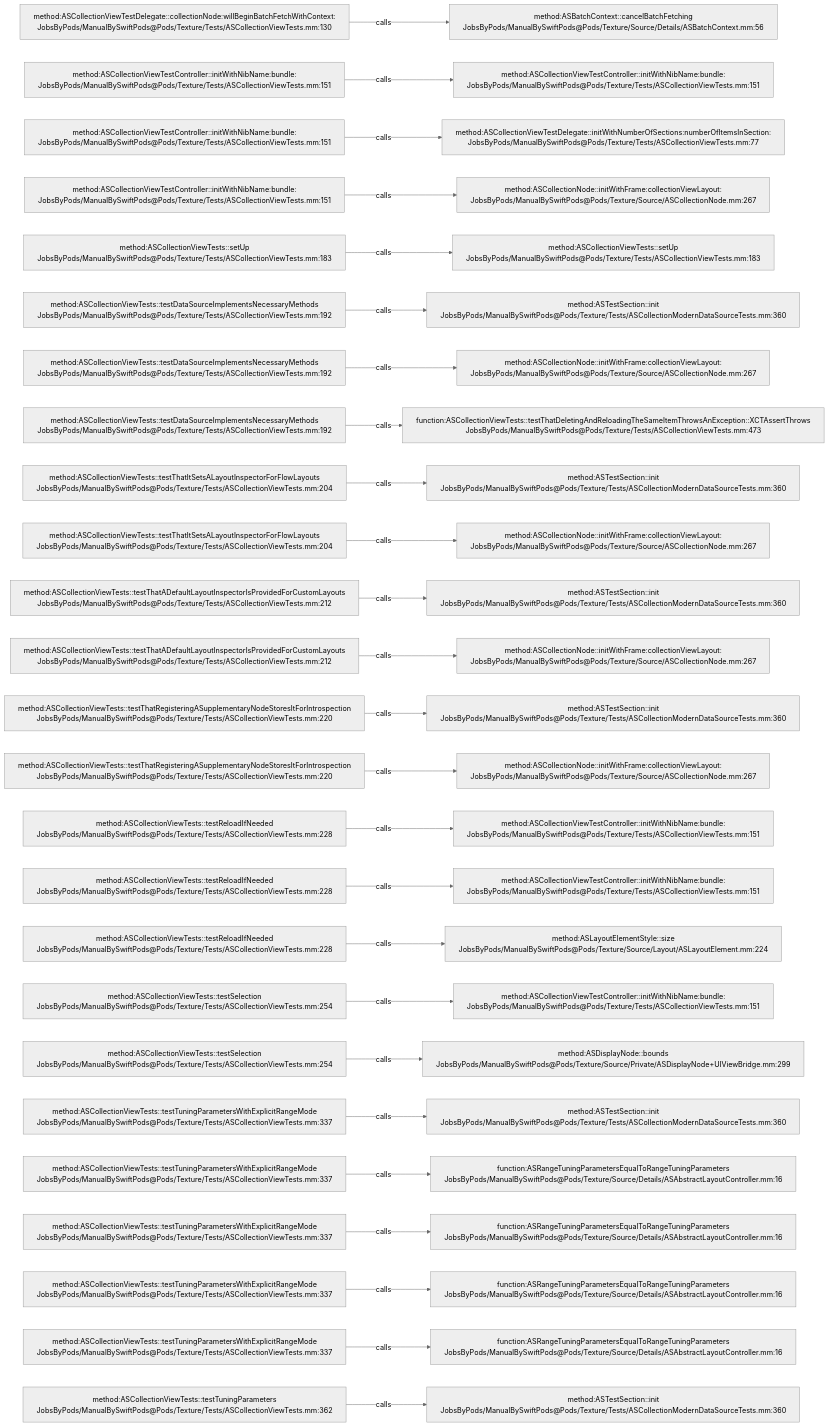
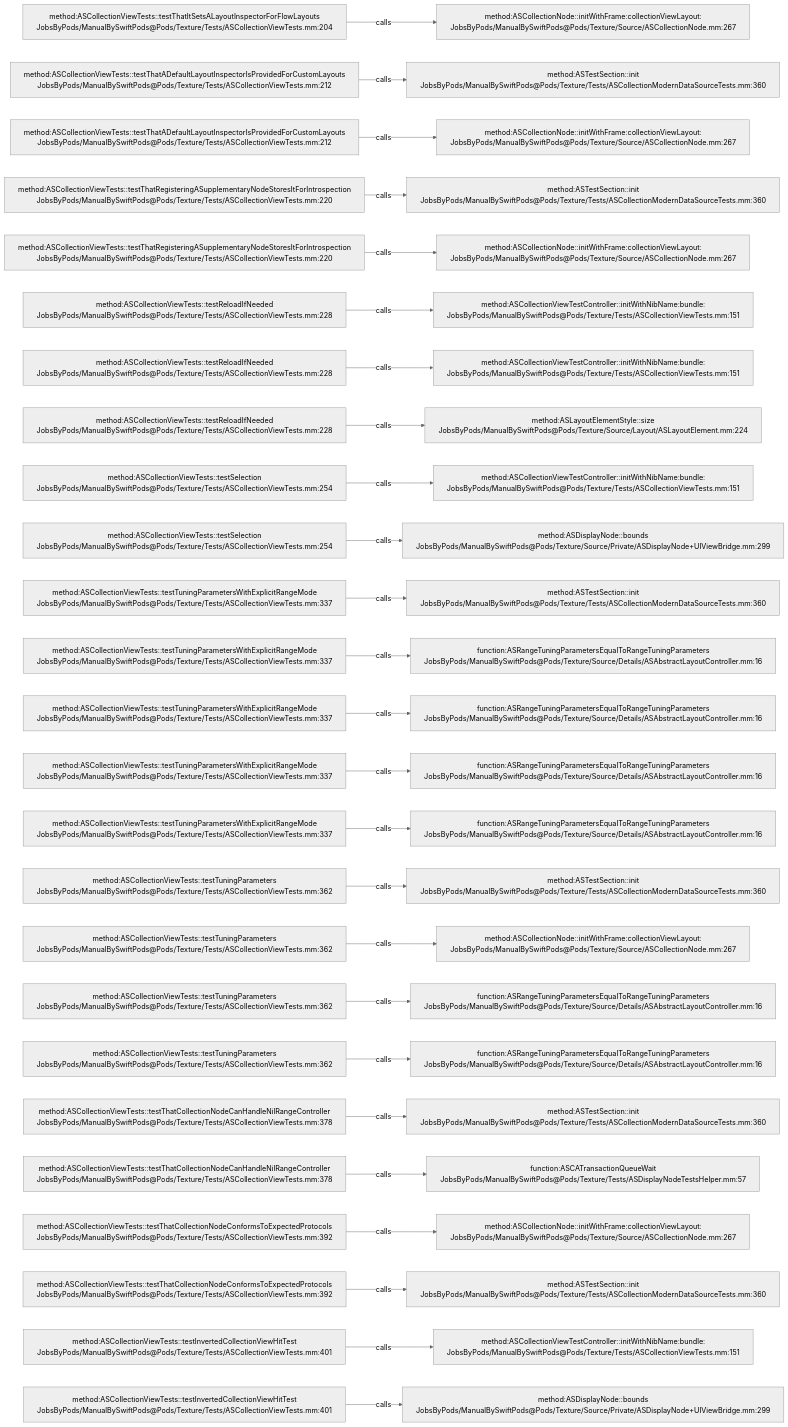
The diagram in .codegraph/codegraph.md/graphs/calls-171.md (JobsKits/JobsSwiftBaseConfigDemo), drawn with Mermaid (neutral theme) before and after one commit. The commit also changed 707 other files, not shown here.

````diff
--- a/.codegraph/codegraph.md/graphs/calls-171.md
+++ b/.codegraph/codegraph.md/graphs/calls-171.md
@@ -13,78 +13,78 @@
 ```mermaid
 flowchart LR
-  S1["method:ASCollectionViewTestDelegate::collectionNode:willBeginBatchFetchWithContext:<br/>JobsByPods/ManualBySwiftPods@Pods/Texture/Tests/ASCollectionViewTests.mm:130"]
-  T1["method:ASBatchContext::cancelBatchFetching<br/>JobsByPods/ManualBySwiftPods@Pods/Texture/Source/Details/ASBatchContext.mm:56"]
+  S1["method:ASCollectionViewTests::testThatItSetsALayoutInspectorForFlowLayouts<br/>JobsByPods/ManualBySwiftPods@Pods/Texture/Tests/ASCollectionViewTests.mm:204"]
+  T1["method:ASCollectionNode::initWithFrame:collectionViewLayout:<br/>JobsByPods/ManualBySwiftPods@Pods/Texture/Source/ASCollectionNode.mm:267"]
   S1 -->|calls| T1
-  S2["method:ASCollectionViewTestController::initWithNibName:bundle:<br/>JobsByPods/ManualBySwiftPods@Pods/Texture/Tests/ASCollectionViewTests.mm:151"]
-  T2["method:ASCollectionViewTestController::initWithNibName:bundle:<br/>JobsByPods/ManualBySwiftPods@Pods/Texture/Tests/ASCollectionViewTests.mm:151"]
+  S2["method:ASCollectionViewTests::testThatADefaultLayoutInspectorIsProvidedForCustomLayouts<br/>JobsByPods/ManualBySwiftPods@Pods/Texture/Tests/ASCollectionViewTests.mm:212"]
+  T2["method:ASTestSection::init<br/>JobsByPods/ManualBySwiftPods@Pods/Texture/Tests/ASCollectionModernDataSourceTests.mm:360"]
   S2 -->|calls| T2
-  S3["method:ASCollectionViewTestController::initWithNibName:bundle:<br/>JobsByPods/ManualBySwiftPods@Pods/Texture/Tests/ASCollectionViewTests.mm:151"]
-  T3["method:ASCollectionViewTestDelegate::initWithNumberOfSections:numberOfItemsInSection:<br/>JobsByPods/ManualBySwiftPods@Pods/Texture/Tests/ASCollectionViewTests.mm:77"]
+  S3["method:ASCollectionViewTests::testThatADefaultLayoutInspectorIsProvidedForCustomLayouts<br/>JobsByPods/ManualBySwiftPods@Pods/Texture/Tests/ASCollectionViewTests.mm:212"]
+  T3["method:ASCollectionNode::initWithFrame:collectionViewLayout:<br/>JobsByPods/ManualBySwiftPods@Pods/Texture/Source/ASCollectionNode.mm:267"]
   S3 -->|calls| T3
-  S4["method:ASCollectionViewTestController::initWithNibName:bundle:<br/>JobsByPods/ManualBySwiftPods@Pods/Texture/Tests/ASCollectionViewTests.mm:151"]
-  T4["method:ASCollectionNode::initWithFrame:collectionViewLayout:<br/>JobsByPods/ManualBySwiftPods@Pods/Texture/Source/ASCollectionNode.mm:267"]
+  S4["method:ASCollectionViewTests::testThatRegisteringASupplementaryNodeStoresItForIntrospection<br/>JobsByPods/ManualBySwiftPods@Pods/Texture/Tests/ASCollectionViewTests.mm:220"]
+  T4["method:ASTestSection::init<br/>JobsByPods/ManualBySwiftPods@Pods/Texture/Tests/ASCollectionModernDataSourceTests.mm:360"]
   S4 -->|calls| T4
-  S5["method:ASCollectionViewTests::setUp<br/>JobsByPods/ManualBySwiftPods@Pods/Texture/Tests/ASCollectionViewTests.mm:183"]
-  T5["method:ASCollectionViewTests::setUp<br/>JobsByPods/ManualBySwiftPods@Pods/Texture/Tests/ASCollectionViewTests.mm:183"]
+  S5["method:ASCollectionViewTests::testThatRegisteringASupplementaryNodeStoresItForIntrospection<br/>JobsByPods/ManualBySwiftPods@Pods/Texture/Tests/ASCollectionViewTests.mm:220"]
+  T5["method:ASCollectionNode::initWithFrame:collectionViewLayout:<br/>JobsByPods/ManualBySwiftPods@Pods/Texture/Source/ASCollectionNode.mm:267"]
   S5 -->|calls| T5
-  S6["method:ASCollectionViewTests::testDataSourceImplementsNecessaryMethods<br/>JobsByPods/ManualBySwiftPods@Pods/Texture/Tests/ASCollectionViewTests.mm:192"]
-  T6["method:ASTestSection::init<br/>JobsByPods/ManualBySwiftPods@Pods/Texture/Tests/ASCollectionModernDataSourceTests.mm:360"]
+  S6["method:ASCollectionViewTests::testReloadIfNeeded<br/>JobsByPods/ManualBySwiftPods@Pods/Texture/Tests/ASCollectionViewTests.mm:228"]
+  T6["method:ASCollectionViewTestController::initWithNibName:bundle:<br/>JobsByPods/ManualBySwiftPods@Pods/Texture/Tests/ASCollectionViewTests.mm:151"]
   S6 -->|calls| T6
-  S7["method:ASCollectionViewTests::testDataSourceImplementsNecessaryMethods<br/>JobsByPods/ManualBySwiftPods@Pods/Texture/Tests/ASCollectionViewTests.mm:192"]
-  T7["method:ASCollectionNode::initWithFrame:collectionViewLayout:<br/>JobsByPods/ManualBySwiftPods@Pods/Texture/Source/ASCollectionNode.mm:267"]
+  S7["method:ASCollectionViewTests::testReloadIfNeeded<br/>JobsByPods/ManualBySwiftPods@Pods/Texture/Tests/ASCollectionViewTests.mm:228"]
+  T7["method:ASCollectionViewTestController::initWithNibName:bundle:<br/>JobsByPods/ManualBySwiftPods@Pods/Texture/Tests/ASCollectionViewTests.mm:151"]
   S7 -->|calls| T7
-  S8["method:ASCollectionViewTests::testDataSourceImplementsNecessaryMethods<br/>JobsByPods/ManualBySwiftPods@Pods/Texture/Tests/ASCollectionViewTests.mm:192"]
-  T8["function:ASCollectionViewTests::testThatDeletingAndReloadingTheSameItemThrowsAnException::XCTAssertThrows<br/>JobsByPods/ManualBySwiftPods@Pods/Texture/Tests/ASCollectionViewTests.mm:473"]
+  S8["method:ASCollectionViewTests::testReloadIfNeeded<br/>JobsByPods/ManualBySwiftPods@Pods/Texture/Tests/ASCollectionViewTests.mm:228"]
+  T8["method:ASLayoutElementStyle::size<br/>JobsByPods/ManualBySwiftPods@Pods/Texture/Source/Layout/ASLayoutElement.mm:224"]
   S8 -->|calls| T8
-  S9["method:ASCollectionViewTests::testThatItSetsALayoutInspectorForFlowLayouts<br/>JobsByPods/ManualBySwiftPods@Pods/Texture/Tests/ASCollectionViewTests.mm:204"]
-  T9["method:ASTestSection::init<br/>JobsByPods/ManualBySwiftPods@Pods/Texture/Tests/ASCollectionModernDataSourceTests.mm:360"]
+  S9["method:ASCollectionViewTests::testSelection<br/>JobsByPods/ManualBySwiftPods@Pods/Texture/Tests/ASCollectionViewTests.mm:254"]
+  T9["method:ASCollectionViewTestController::initWithNibName:bundle:<br/>JobsByPods/ManualBySwiftPods@Pods/Texture/Tests/ASCollectionViewTests.mm:151"]
   S9 -->|calls| T9
-  S10["method:ASCollectionViewTests::testThatItSetsALayoutInspectorForFlowLayouts<br/>JobsByPods/ManualBySwiftPods@Pods/Texture/Tests/ASCollectionViewTests.mm:204"]
-  T10["method:ASCollectionNode::initWithFrame:collectionViewLayout:<br/>JobsByPods/ManualBySwiftPods@Pods/Texture/Source/ASCollectionNode.mm:267"]
+  S10["method:ASCollectionViewTests::testSelection<br/>JobsByPods/ManualBySwiftPods@Pods/Texture/Tests/ASCollectionViewTests.mm:254"]
+  T10["method:ASDisplayNode::bounds<br/>JobsByPods/ManualBySwiftPods@Pods/Texture/Source/Private/ASDisplayNode+UIViewBridge.mm:299"]
   S10 -->|calls| T10
-  S11["method:ASCollectionViewTests::testThatADefaultLayoutInspectorIsProvidedForCustomLayouts<br/>JobsByPods/ManualBySwiftPods@Pods/Texture/Tests/ASCollectionViewTests.mm:212"]
+  S11["method:ASCollectionViewTests::testTuningParametersWithExplicitRangeMode<br/>JobsByPods/ManualBySwiftPods@Pods/Texture/Tests/ASCollectionViewTests.mm:337"]
   T11["method:ASTestSection::init<br/>JobsByPods/ManualBySwiftPods@Pods/Texture/Tests/ASCollectionModernDataSourceTests.mm:360"]
   S11 -->|calls| T11
-  S12["method:ASCollectionViewTests::testThatADefaultLayoutInspectorIsProvidedForCustomLayouts<br/>JobsByPods/ManualBySwiftPods@Pods/Texture/Tests/ASCollectionViewTests.mm:212"]
-  T12["method:ASCollectionNode::initWithFrame:collectionViewLayout:<br/>JobsByPods/ManualBySwiftPods@Pods/Texture/Source/ASCollectionNode.mm:267"]
+  S12["method:ASCollectionViewTests::testTuningParametersWithExplicitRangeMode<br/>JobsByPods/ManualBySwiftPods@Pods/Texture/Tests/ASCollectionViewTests.mm:337"]
+  T12["function:ASRangeTuningParametersEqualToRangeTuningParameters<br/>JobsByPods/ManualBySwiftPods@Pods/Texture/Source/Details/ASAbstractLayoutController.mm:16"]
   S12 -->|calls| T12
-  S13["method:ASCollectionViewTests::testThatRegisteringASupplementaryNodeStoresItForIntrospection<br/>JobsByPods/ManualBySwiftPods@Pods/Texture/Tests/ASCollectionViewTests.mm:220"]
-  T13["method:ASTestSection::init<br/>JobsByPods/ManualBySwiftPods@Pods/Texture/Tests/ASCollectionModernDataSourceTests.mm:360"]
+  S13["method:ASCollectionViewTests::testTuningParametersWithExplicitRangeMode<br/>JobsByPods/ManualBySwiftPods@Pods/Texture/Tests/ASCollectionViewTests.mm:337"]
+  T13["function:ASRangeTuningParametersEqualToRangeTuningParameters<br/>JobsByPods/ManualBySwiftPods@Pods/Texture/Source/Details/ASAbstractLayoutController.mm:16"]
   S13 -->|calls| T13
-  S14["method:ASCollectionViewTests::testThatRegisteringASupplementaryNodeStoresItForIntrospection<br/>JobsByPods/ManualBySwiftPods@Pods/Texture/Tests/ASCollectionViewTests.mm:220"]
-  T14["method:ASCollectionNode::initWithFrame:collectionViewLayout:<br/>JobsByPods/ManualBySwiftPods@Pods/Texture/Source/ASCollectionNode.mm:267"]
+  S14["method:ASCollectionViewTests::testTuningParametersWithExplicitRangeMode<br/>JobsByPods/ManualBySwiftPods@Pods/Texture/Tests/ASCollectionViewTests.mm:337"]
+  T14["function:ASRangeTuningParametersEqualToRangeTuningParameters<br/>JobsByPods/ManualBySwiftPods@Pods/Texture/Source/Details/ASAbstractLayoutController.mm:16"]
   S14 -->|calls| T14
-  S15["method:ASCollectionViewTests::testReloadIfNeeded<br/>JobsByPods/ManualBySwiftPods@Pods/Texture/Tests/ASCollectionViewTests.mm:228"]
-  T15["method:ASCollectionViewTestController::initWithNibName:bundle:<br/>JobsByPods/ManualBySwiftPods@Pods/Texture/Tests/ASCollectionViewTests.mm:151"]
+  S15["method:ASCollectionViewTests::testTuningParametersWithExplicitRangeMode<br/>JobsByPods/ManualBySwiftPods@Pods/Texture/Tests/ASCollectionViewTests.mm:337"]
+  T15["function:ASRangeTuningParametersEqualToRangeTuningParameters<br/>JobsByPods/ManualBySwiftPods@Pods/Texture/Source/Details/ASAbstractLayoutController.mm:16"]
   S15 -->|calls| T15
-  S16["method:ASCollectionViewTests::testReloadIfNeeded<br/>JobsByPods/ManualBySwiftPods@Pods/Texture/Tests/ASCollectionViewTests.mm:228"]
-  T16["method:ASCollectionViewTestController::initWithNibName:bundle:<br/>JobsByPods/ManualBySwiftPods@Pods/Texture/Tests/ASCollectionViewTests.mm:151"]
+  S16["method:ASCollectionViewTests::testTuningParameters<br/>JobsByPods/ManualBySwiftPods@Pods/Texture/Tests/ASCollectionViewTests.mm:362"]
+  T16["method:ASTestSection::init<br/>JobsByPods/ManualBySwiftPods@Pods/Texture/Tests/ASCollectionModernDataSourceTests.mm:360"]
   S16 -->|calls| T16
-  S17["method:ASCollectionViewTests::testReloadIfNeeded<br/>JobsByPods/ManualBySwiftPods@Pods/Texture/Tests/ASCollectionViewTests.mm:228"]
-  T17["method:ASLayoutElementStyle::size<br/>JobsByPods/ManualBySwiftPods@Pods/Texture/Source/Layout/ASLayoutElement.mm:224"]
+  S17["method:ASCollectionViewTests::testTuningParameters<br/>JobsByPods/ManualBySwiftPods@Pods/Texture/Tests/ASCollectionViewTests.mm:362"]
+  T17["method:ASCollectionNode::initWithFrame:collectionViewLayout:<br/>JobsByPods/ManualBySwiftPods@Pods/Texture/Source/ASCollectionNode.mm:267"]
   S17 -->|calls| T17
-  S18["method:ASCollectionViewTests::testSelection<br/>JobsByPods/ManualBySwiftPods@Pods/Texture/Tests/ASCollectionViewTests.mm:254"]
-  T18["method:ASCollectionViewTestController::initWithNibName:bundle:<br/>JobsByPods/ManualBySwiftPods@Pods/Texture/Tests/ASCollectionViewTests.mm:151"]
+  S18["method:ASCollectionViewTests::testTuningParameters<br/>JobsByPods/ManualBySwiftPods@Pods/Texture/Tests/ASCollectionViewTests.mm:362"]
+  T18["function:ASRangeTuningParametersEqualToRangeTuningParameters<br/>JobsByPods/ManualBySwiftPods@Pods/Texture/Source/Details/ASAbstractLayoutController.mm:16"]
   S18 -->|calls| T18
-  S19["method:ASCollectionViewTests::testSelection<br/>JobsByPods/ManualBySwiftPods@Pods/Texture/Tests/ASCollectionViewTests.mm:254"]
-  T19["method:ASDisplayNode::bounds<br/>JobsByPods/ManualBySwiftPods@Pods/Texture/Source/Private/ASDisplayNode+UIViewBridge.mm:299"]
+  S19["method:ASCollectionViewTests::testTuningParameters<br/>JobsByPods/ManualBySwiftPods@Pods/Texture/Tests/ASCollectionViewTests.mm:362"]
+  T19["function:ASRangeTuningParametersEqualToRangeTuningParameters<br/>JobsByPods/ManualBySwiftPods@Pods/Texture/Source/Details/ASAbstractLayoutController.mm:16"]
   S19 -->|calls| T19
-  S20["method:ASCollectionViewTests::testTuningParametersWithExplicitRangeMode<br/>JobsByPods/ManualBySwiftPods@Pods/Texture/Tests/ASCollectionViewTests.mm:337"]
+  S20["method:ASCollectionViewTests::testThatCollectionNodeCanHandleNilRangeController<br/>JobsByPods/ManualBySwiftPods@Pods/Texture/Tests/ASCollectionViewTests.mm:378"]
   T20["method:ASTestSection::init<br/>JobsByPods/ManualBySwiftPods@Pods/Texture/Tests/ASCollectionModernDataSourceTests.mm:360"]
   S20 -->|calls| T20
-  S21["method:ASCollectionViewTests::testTuningParametersWithExplicitRangeMode<br/>JobsByPods/ManualBySwiftPods@Pods/Texture/Tests/ASCollectionViewTests.mm:337"]
-  T21["function:ASRangeTuningParametersEqualToRangeTuningParameters<br/>JobsByPods/ManualBySwiftPods@Pods/Texture/Source/Details/ASAbstractLayoutController.mm:16"]
+  S21["method:ASCollectionViewTests::testThatCollectionNodeCanHandleNilRangeController<br/>JobsByPods/ManualBySwiftPods@Pods/Texture/Tests/ASCollectionViewTests.mm:378"]
+  T21["function:ASCATransactionQueueWait<br/>JobsByPods/ManualBySwiftPods@Pods/Texture/Tests/ASDisplayNodeTestsHelper.mm:57"]
   S21 -->|calls| T21
-  S22["method:ASCollectionViewTests::testTuningParametersWithExplicitRangeMode<br/>JobsByPods/ManualBySwiftPods@Pods/Texture/Tests/ASCollectionViewTests.mm:337"]
-  T22["function:ASRangeTuningParametersEqualToRangeTuningParameters<br/>JobsByPods/ManualBySwiftPods@Pods/Texture/Source/Details/ASAbstractLayoutController.mm:16"]
+  S22["method:ASCollectionViewTests::testThatCollectionNodeConformsToExpectedProtocols<br/>JobsByPods/ManualBySwiftPods@Pods/Texture/Tests/ASCollectionViewTests.mm:392"]
+  T22["method:ASCollectionNode::initWithFrame:collectionViewLayout:<br/>JobsByPods/ManualBySwiftPods@Pods/Texture/Source/ASCollectionNode.mm:267"]
   S22 -->|calls| T22
-  S23["method:ASCollectionViewTests::testTuningParametersWithExplicitRangeMode<br/>JobsByPods/ManualBySwiftPods@Pods/Texture/Tests/ASCollectionViewTests.mm:337"]
-  T23["function:ASRangeTuningParametersEqualToRangeTuningParameters<br/>JobsByPods/ManualBySwiftPods@Pods/Texture/Source/Details/ASAbstractLayoutController.mm:16"]
+  S23["method:ASCollectionViewTests::testThatCollectionNodeConformsToExpectedProtocols<br/>JobsByPods/ManualBySwiftPods@Pods/Texture/Tests/ASCollectionViewTests.mm:392"]
+  T23["method:ASTestSection::init<br/>JobsByPods/ManualBySwiftPods@Pods/Texture/Tests/ASCollectionModernDataSourceTests.mm:360"]
   S23 -->|calls| T23
-  S24["method:ASCollectionViewTests::testTuningParametersWithExplicitRangeMode<br/>JobsByPods/ManualBySwiftPods@Pods/Texture/Tests/ASCollectionViewTests.mm:337"]
-  T24["function:ASRangeTuningParametersEqualToRangeTuningParameters<br/>JobsByPods/ManualBySwiftPods@Pods/Texture/Source/Details/ASAbstractLayoutController.mm:16"]
+  S24["method:ASCollectionViewTests::testInvertedCollectionViewHitTest<br/>JobsByPods/ManualBySwiftPods@Pods/Texture/Tests/ASCollectionViewTests.mm:401"]
+  T24["method:ASCollectionViewTestController::initWithNibName:bundle:<br/>JobsByPods/ManualBySwiftPods@Pods/Texture/Tests/ASCollectionViewTests.mm:151"]
   S24 -->|calls| T24
-  S25["method:ASCollectionViewTests::testTuningParameters<br/>JobsByPods/ManualBySwiftPods@Pods/Texture/Tests/ASCollectionViewTests.mm:362"]
-  T25["method:ASTestSection::init<br/>JobsByPods/ManualBySwiftPods@Pods/Texture/Tests/ASCollectionModernDataSourceTests.mm:360"]
+  S25["method:ASCollectionViewTests::testInvertedCollectionViewHitTest<br/>JobsByPods/ManualBySwiftPods@Pods/Texture/Tests/ASCollectionViewTests.mm:401"]
+  T25["method:ASDisplayNode::bounds<br/>JobsByPods/ManualBySwiftPods@Pods/Texture/Source/Private/ASDisplayNode+UIViewBridge.mm:299"]
   S25 -->|calls| T25
 ```
````
